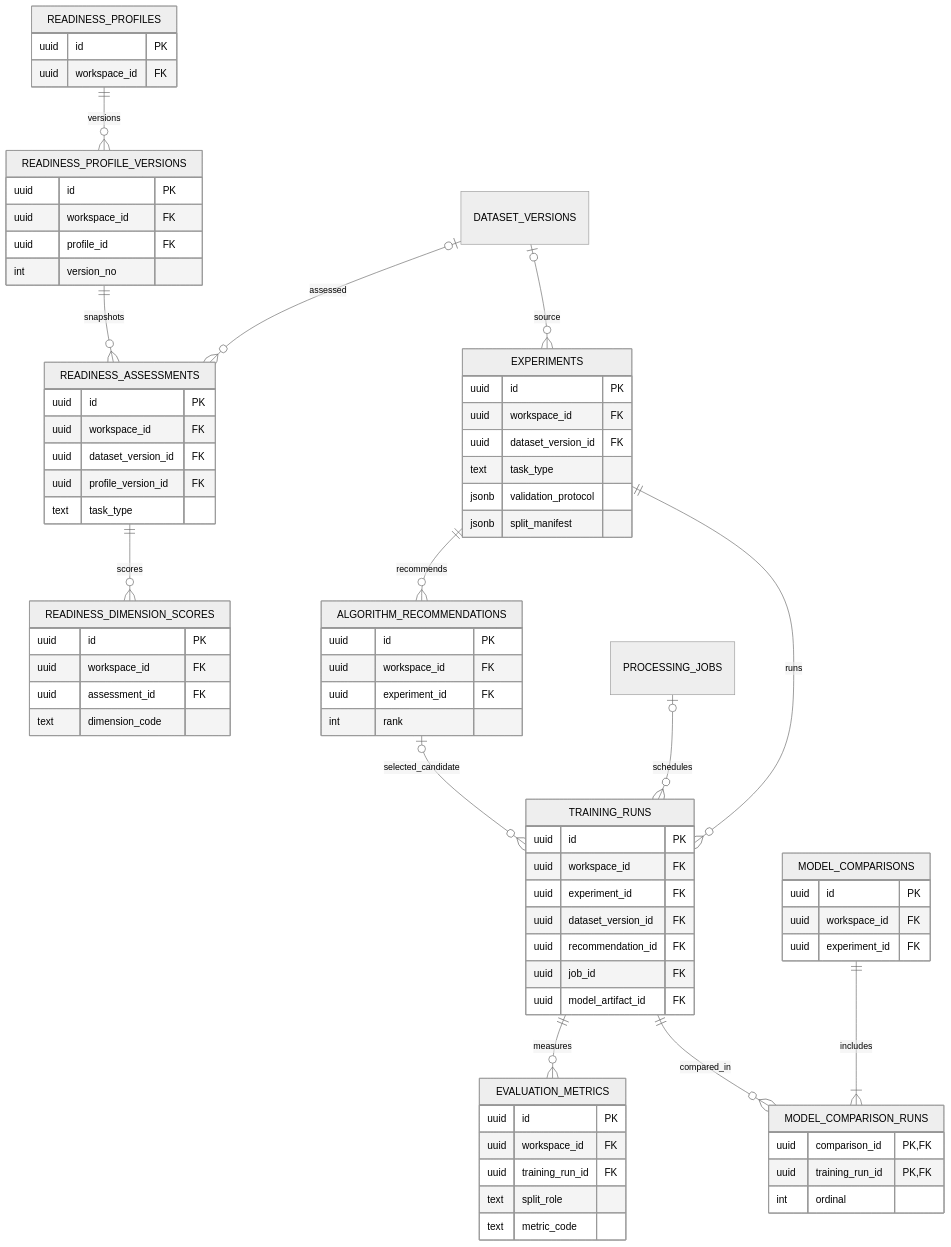
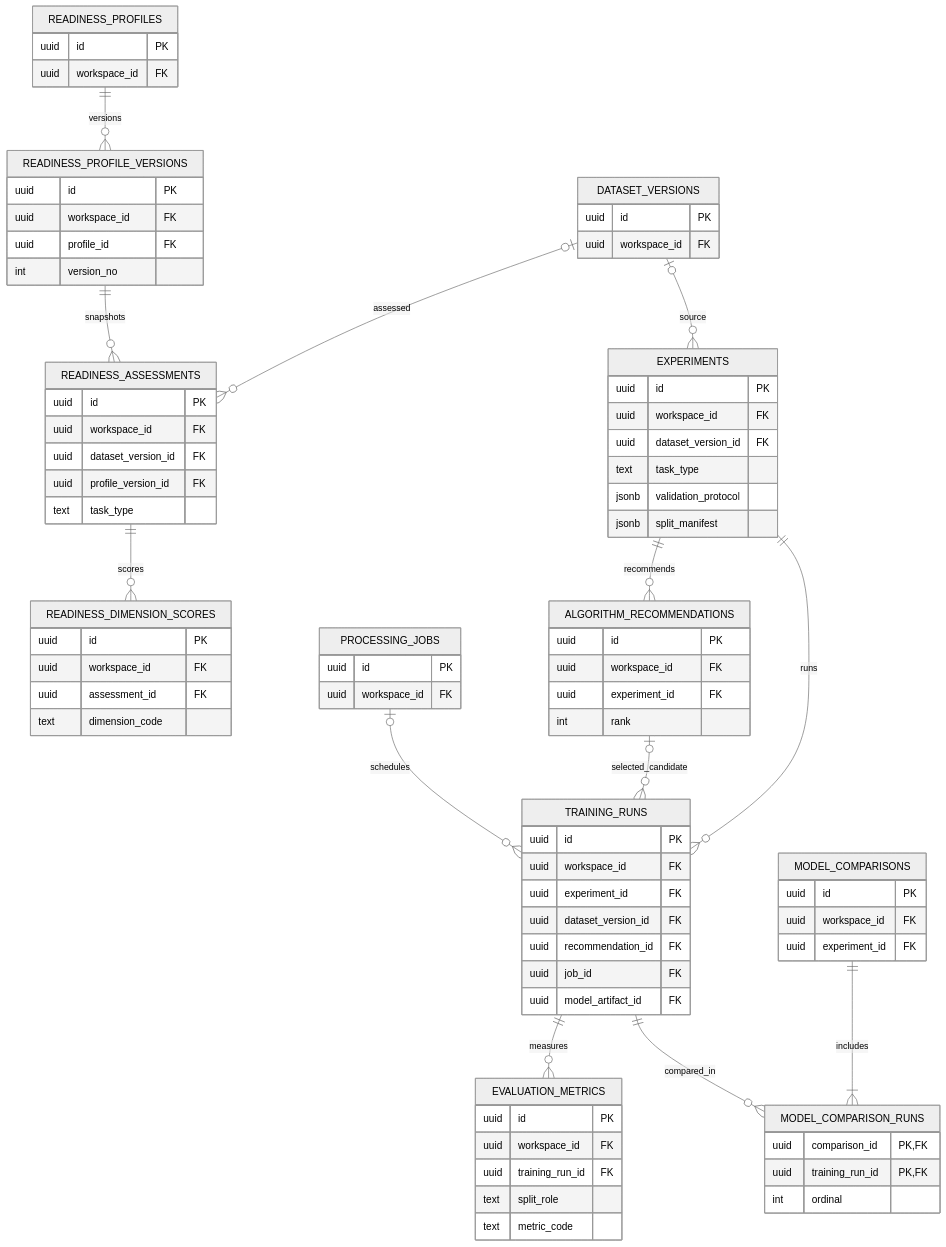
Before and after one commit to chandravadiyaDeep/WTF: the second of 3 diagrams in docs/architecture/02-data-and-storage-architecture.md, drawn with Mermaid (neutral theme). The commit also changed other lines of this file, not shown here.

Commit message:
docs: complete cross-domain ER references

```diff
--- a/docs/architecture/02-data-and-storage-architecture.md
+++ b/docs/architecture/02-data-and-storage-architecture.md
@@ -242,6 +250,14 @@
     uuid workspace_id FK
     uuid assessment_id FK
     text dimension_code
+  }
+  DATASET_VERSIONS {
+    uuid id PK
+    uuid workspace_id FK
+  }
+  PROCESSING_JOBS {
+    uuid id PK
+    uuid workspace_id FK
   }
   EXPERIMENTS {
     uuid id PK
```
